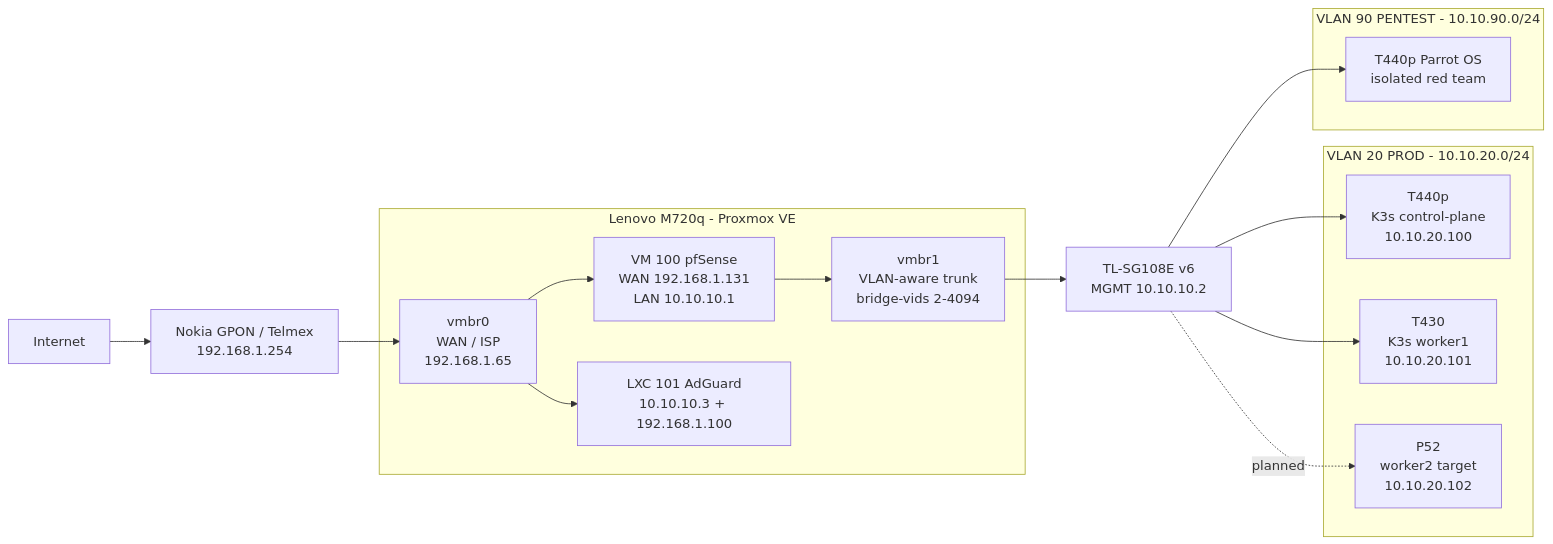
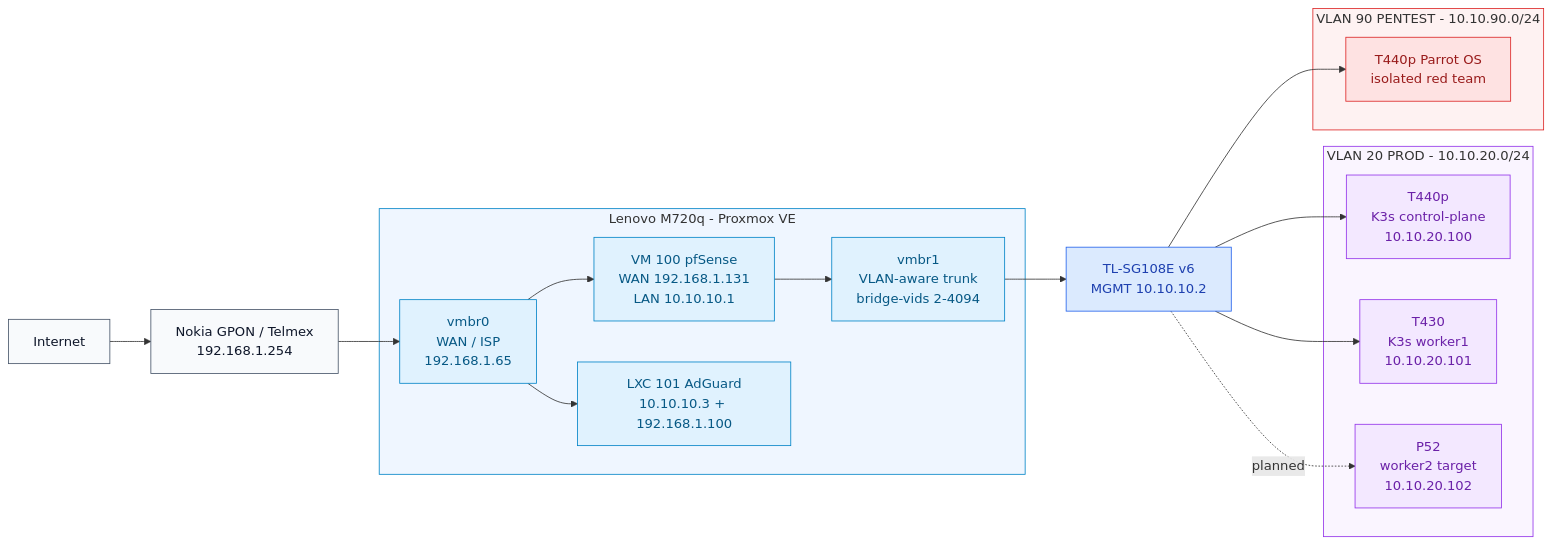
Before and after one commit to Vanguard94-RR/HomeLab: the second of 7 diagrams in docs/HomeLab-Enterprise-Architecture.md, drawn with Mermaid. The commit also changed other lines of this file, not shown here.

Commit message:
docs: color architecture diagrams

````diff
--- a/docs/HomeLab-Enterprise-Architecture.md
+++ b/docs/HomeLab-Enterprise-Architecture.md
@@ -155,34 +181,50 @@
 ```mermaid
 flowchart LR
   internet["Internet"]
   gpon["Nokia GPON / Telmex<br/>192.168.1.254"]
 
   subgraph m720q["Lenovo M720q - Proxmox VE"]
     vmbr0["vmbr0<br/>WAN / ISP<br/>192.168.1.65"]
     vmbr1["vmbr1<br/>VLAN-aware trunk<br/>bridge-vids 2-4094"]
     pfsense["VM 100 pfSense<br/>WAN 192.168.1.131<br/>LAN 10.10.10.1"]
     adguard["LXC 101 AdGuard<br/>10.10.10.3 + 192.168.1.100"]
   end
 
   switch["TL-SG108E v6<br/>MGMT 10.10.10.2"]
 
   subgraph vlan20["VLAN 20 PROD - 10.10.20.0/24"]
     t440p["T440p<br/>K3s control-plane<br/>10.10.20.100"]
     t430["T430<br/>K3s worker1<br/>10.10.20.101"]
     p52["P52<br/>worker2 target<br/>10.10.20.102"]
   end
 
   subgraph vlan90["VLAN 90 PENTEST - 10.10.90.0/24"]
     parrot["T440p Parrot OS<br/>isolated red team"]
   end
 
   internet --> gpon --> vmbr0
   vmbr0 --> pfsense
   vmbr0 --> adguard
   pfsense --> vmbr1
   vmbr1 --> switch
   switch --> t440p
   switch --> t430
   switch -.->|"planned"| p52
   switch --> parrot
+
+  classDef internetClass fill:#f8fafc,stroke:#475569,color:#0f172a
+  classDef edge fill:#e0f2fe,stroke:#0284c7,color:#075985
+  classDef network fill:#dbeafe,stroke:#2563eb,color:#1e40af
+  classDef k8s fill:#f3e8ff,stroke:#9333ea,color:#6b21a8
+  classDef security fill:#fee2e2,stroke:#dc2626,color:#991b1b
+
+  class internet,gpon internetClass
+  class vmbr0,vmbr1,pfsense,adguard edge
+  class switch network
+  class t440p,t430,p52 k8s
+  class parrot security
+
+  style m720q fill:#eff6ff,stroke:#0284c7
+  style vlan20 fill:#faf5ff,stroke:#9333ea
+  style vlan90 fill:#fef2f2,stroke:#dc2626
 ```
````
